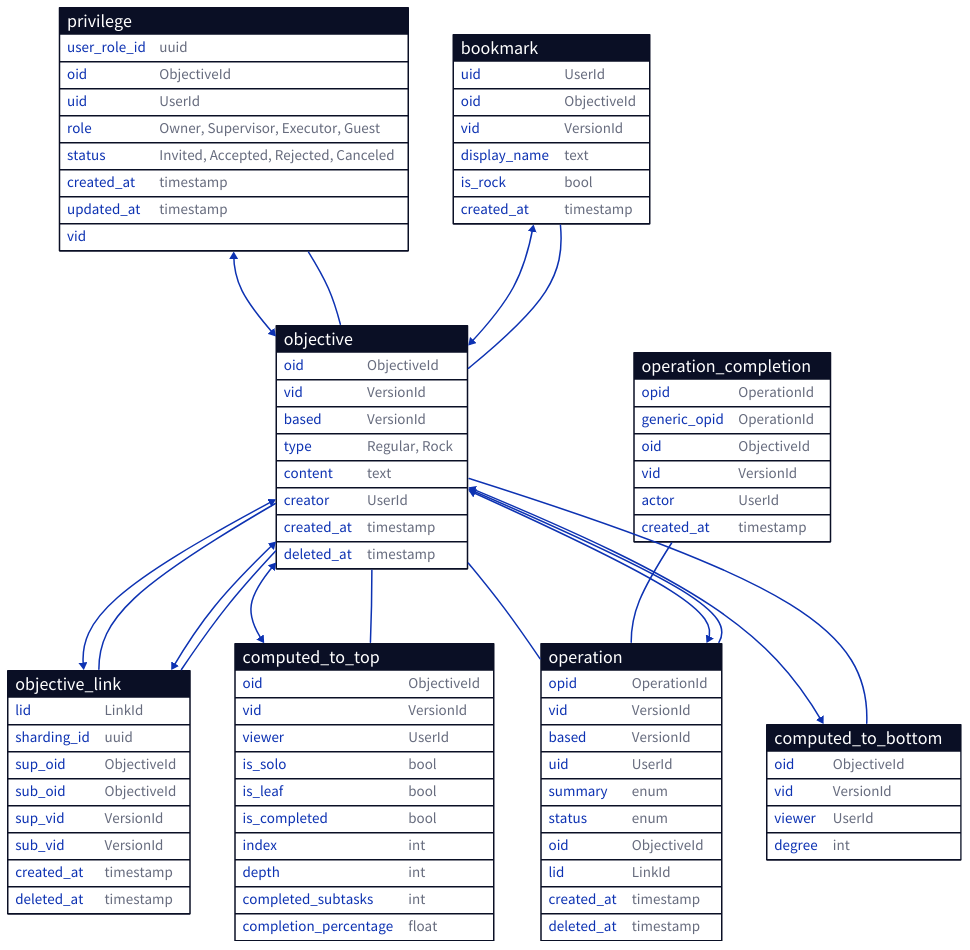
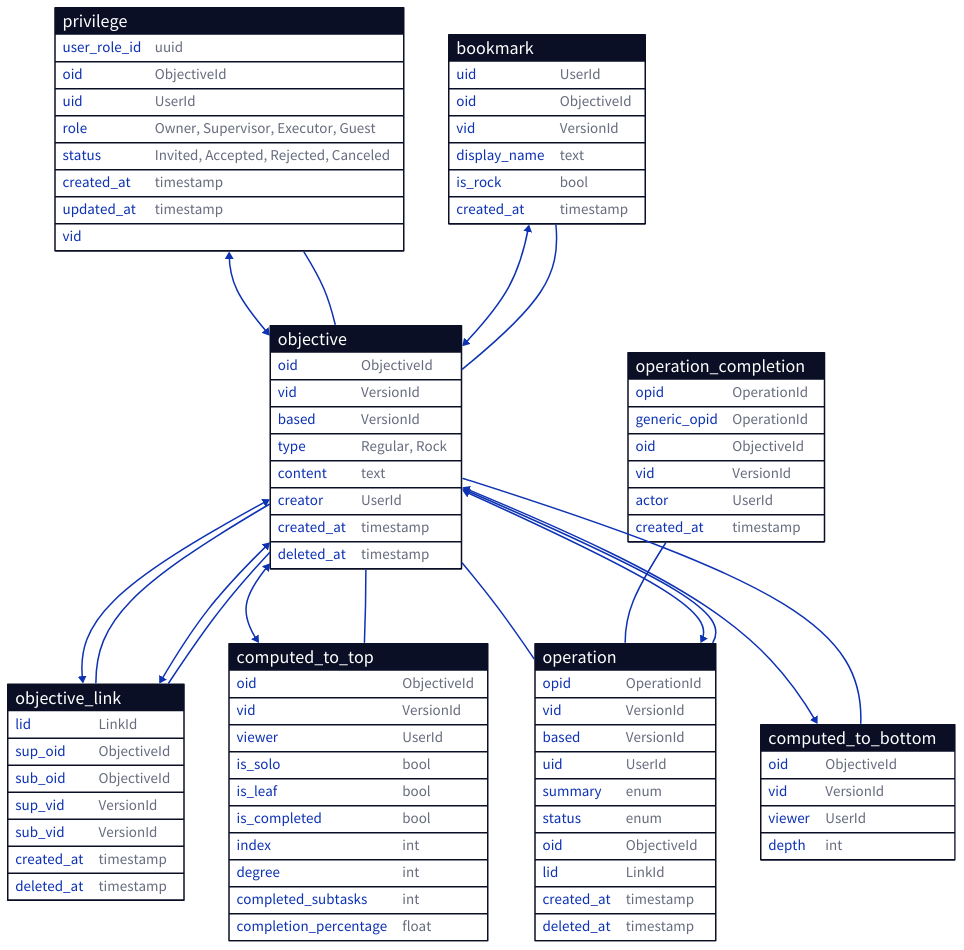
Before and after one commit to ufukty/logbook: the diagram in docs/database/simplified.d2, drawn with D2. The commit also changed 1 other file, not shown here.

Commit message:
docs/database: fixes the misplacement of `depth` and `degree` being placed in other's table

```diff
--- a/docs/database/simplified.d2
+++ b/docs/database/simplified.d2
@@ -1,139 +1,132 @@
 bookmark: {
   shape: sql_table
 
   uid: UserId
   oid: ObjectiveId
   vid: VersionId
   display_name: text
   is_rock: bool # rocks are hidden in the UI
   created_at: timestamp
 }
 
 privilege: {
   shape: sql_table
 
   user_role_id: uuid
   oid: ObjectiveId
   uid: UserId
   role: "Owner, Supervisor, Executor, Guest"
   status: "Invited, Accepted, Rejected, Canceled"
   created_at: timestamp
   updated_at: timestamp
 }
 
 objective: {
   shape: sql_table
 
   oid: ObjectiveId
   vid: VersionId
   based: VersionId
   type: "Regular, Rock"
   content: text
   creator: UserId
   created_at: timestamp
   deleted_at: timestamp
 }
 
-# recalculate every link on a tree when new viewer come" ?
 objective_link: {
   shape: sql_table
 
   lid: LinkId
-
-  # "Inherit: super obj, randomize otherwise" 
-  sharding_id: uuid
 
   sup_oid: ObjectiveId
   sub_oid: ObjectiveId
   sup_vid: VersionId
   sub_vid: VersionId
 
   created_at: timestamp
   deleted_at: timestamp
 }
 
 computed_to_top: {
   shape: sql_table
 
   oid: ObjectiveId
   vid: VersionId
   viewer: UserId
 
   is_solo: bool
   is_leaf: bool
   is_completed: bool
 
-  # "inherited: from inviter on task creation." 
   index: int
-  depth: int
-  # "changes: for each user. divide with degree to find completion_percentage" 
+  degree: int
   completed_subtasks: int
-  # "changes: for each user. not the same with objective.is_completed" 
   completion_percentage: float
 }
 
 computed_to_bottom: {
   shape: sql_table
 
   oid: ObjectiveId
   vid: VersionId
   viewer: UserId
 
-  degree: int
+  depth: int
 }
 
 operation: {
   shape: sql_table
 
   opid: OperationId
   vid: VersionId
   based: VersionId
 
   uid: UserId
   summary: enum
   status: enum
 
   oid: ObjectiveId
   lid: LinkId
 
   created_at: timestamp
   deleted_at: timestamp
 }
 
 operation_completion: {
   shape: sql_table
 
   opid: OperationId
   generic_opid: OperationId
   oid: ObjectiveId
   vid: VersionId
   actor: UserId
   created_at: timestamp
 }
 
 # a bookmark points to a root node of a work tree
 bookmark.oid -- objective.oid
 bookmark.vid <-> objective.vid
 
 # Any task with custom privilege hand.can have owner/viewers/executors
 privilege.oid -- objective.oid
 privilege.vid <-> objective.vid
 
 objective.oid -- objective_link.sup_oid
 objective.vid <-> objective_link.sup_vid
 
 objective.oid -- objective_link.sub_oid
 objective.vid <-> objective_link.sub_vid
 
 objective.oid -- operation.oid
 objective.vid <-> operation.vid
 
 objective.oid -- computed_to_top.oid
 objective.vid <-> computed_to_top.vid
 
 objective.oid -- computed_to_bottom.oid
 objective.vid <-> computed_to_bottom.vid
 
 operation_completion.opid -- operation.opid 
 
 objective.oid -- operation.oid
```
